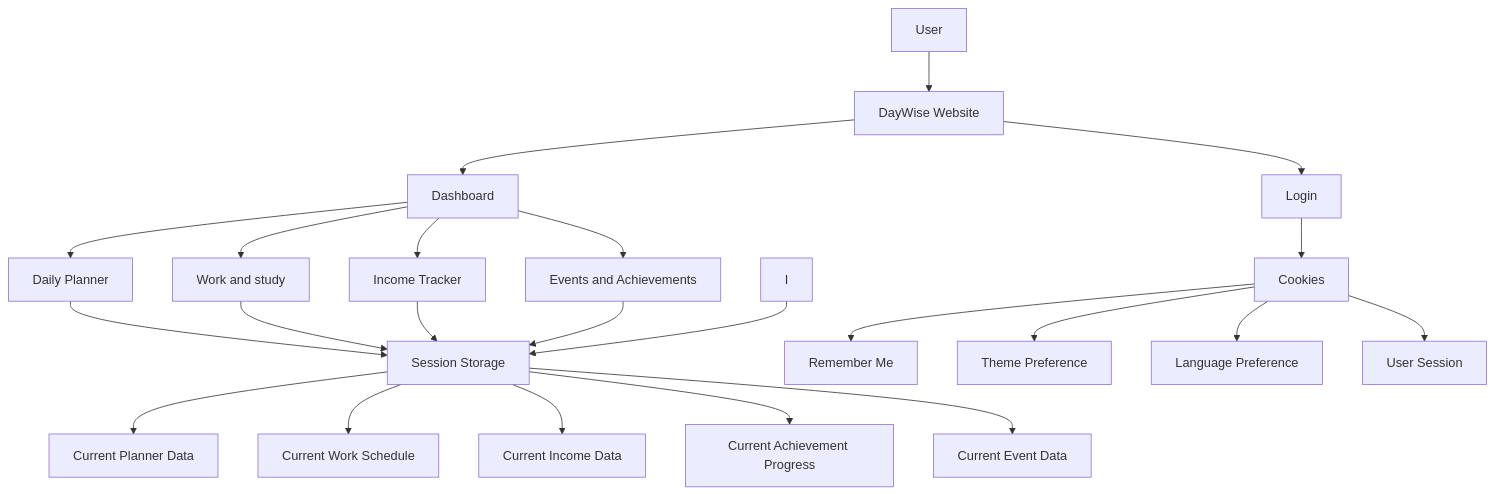
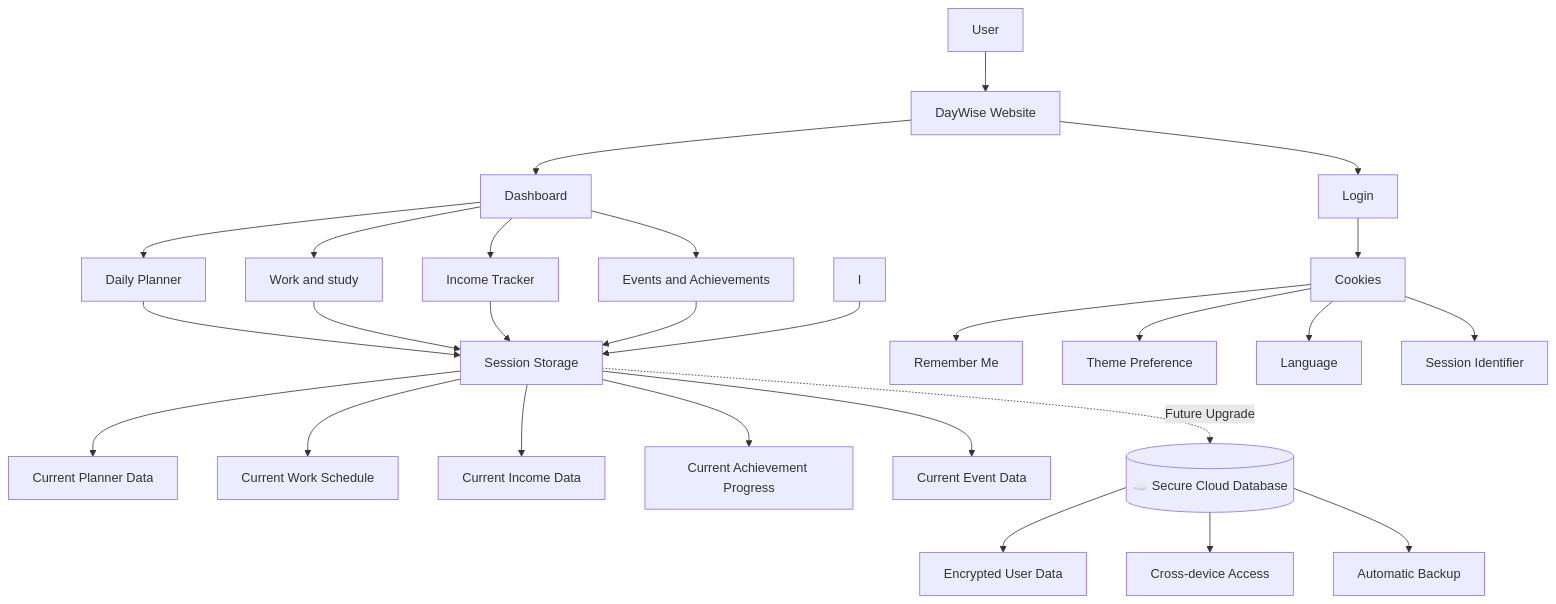
One commit to prabash0810/Group-A-C.S.D changed the diagram in README.md. Above: the diagram before and after it, drawn with Mermaid. The commit also changed other lines of this file, not shown here.

Commit message:
Update language and session preference labels in README
Correcting README.md to remove conflicts

````diff
--- a/README.md
+++ b/README.md
@@ -3,34 +3,41 @@
 ```mermaid
 graph TD
 
     A[User] --> B[DayWise Website]
 
     B --> C[Login]
     B --> D[Dashboard]
 
     D --> E[Daily Planner]
     D --> F[Work and study]
     D --> G[Income Tracker]
     D --> H[Events and Achievements]
 
     %% Session Storage
     E --> J[Session Storage]
     F --> J
     G --> J
     H --> J
     I --> J
 
     J --> J1[Current Planner Data]
     J --> J2[Current Work Schedule]
     J --> J3[Current Income Data]
     J --> J4[Current Achievement Progress]
     J --> J5[Current Event Data]
 
     %% Cookies
     C --> K[Cookies]
 
     K --> K1[Remember Me]
     K --> K2[Theme Preference]
-    K --> K3[Language Preference]
-    K --> K4[User Session]
+    K --> K3[Language]
+    K --> K4[Session Identifier]
+
+    %% Future Upgrade
+    J -. Future Upgrade .-> L[(☁️ Secure Cloud Database)]
+
+    L --> M[Encrypted User Data]
+    L --> N[Cross-device Access]
+    L --> O[Automatic Backup]
 ```
````
